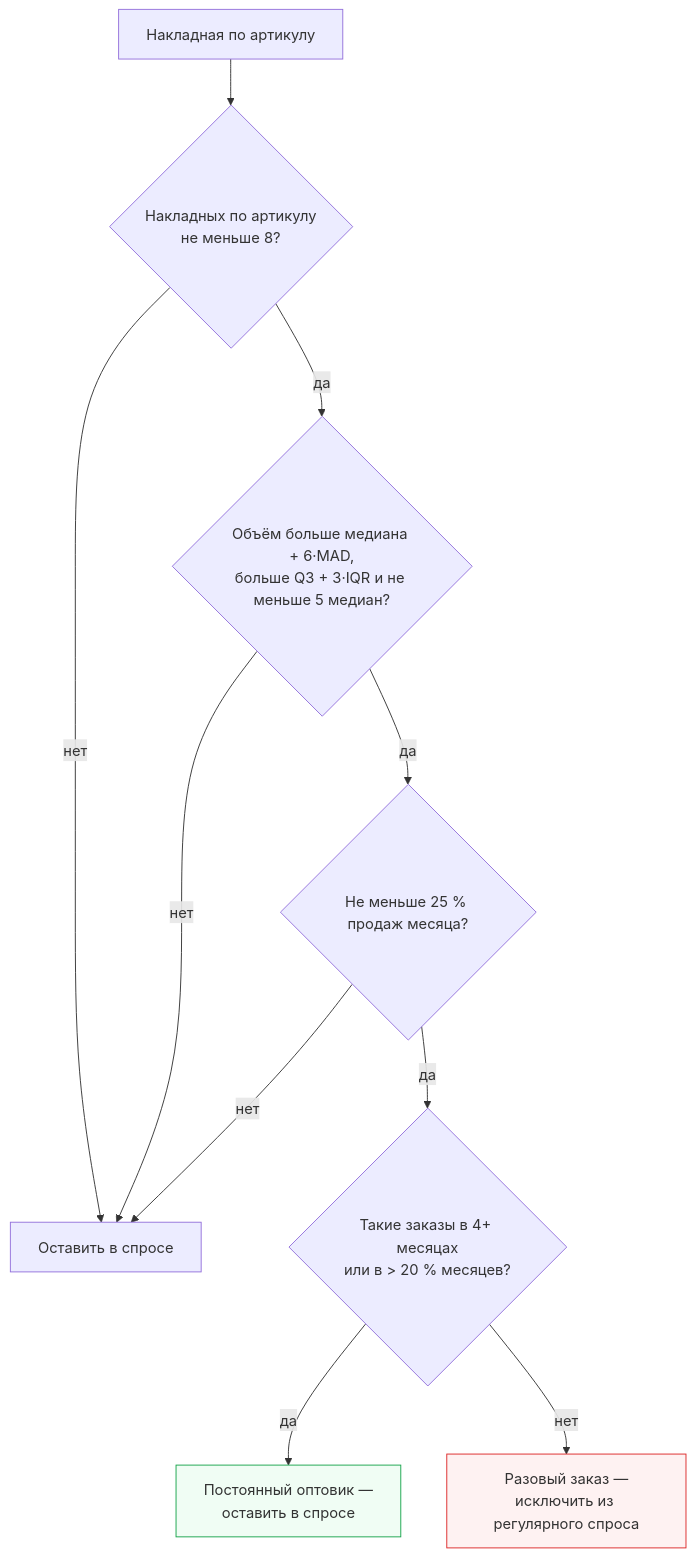
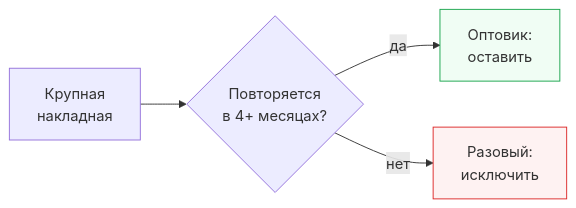
The sixth of 6 diagrams in README.md (BAITC-Hacks/hack-bd80e77f-light), drawn with Mermaid before and after one commit. The commit also changed other lines of this file, not shown here.

Commit message:
README: compact methodology and outlier diagrams

````diff
--- a/README.md
+++ b/README.md
@@ -555,14 +545,8 @@
 ```mermaid
-flowchart TD
-    N["Накладная по артикулу"] --> Q1{"Накладных по артикулу<br/>не меньше 8?"}
-    Q1 -- нет --> K1["Оставить в спросе"]
-    Q1 -- да --> Q2{"Объём больше медиана + 6·MAD,<br/>больше Q3 + 3·IQR и не меньше 5 медиан?"}
-    Q2 -- нет --> K1
-    Q2 -- да --> Q3{"Не меньше 25 % продаж месяца?"}
-    Q3 -- нет --> K1
-    Q3 -- да --> Q4{"Такие заказы в 4+ месяцах<br/>или в > 20 % месяцев?"}
-    Q4 -- да --> K2["Постоянный оптовик —<br/>оставить в спросе"]
-    Q4 -- нет --> X["Разовый заказ —<br/>исключить из регулярного спроса"]
+flowchart LR
+    N["Крупная<br/>накладная"] --> Q{"Повторяется<br/>в 4+ месяцах?"}
+    Q -- да --> K["Оптовик:<br/>оставить"]
+    Q -- нет --> X["Разовый:<br/>исключить"]
     style X fill:#fef2f2,stroke:#dc2626
-    style K2 fill:#f0fdf4,stroke:#16a34a
+    style K fill:#f0fdf4,stroke:#16a34a
 ```
````
